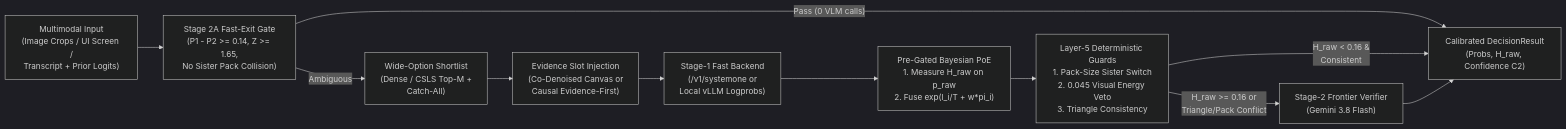
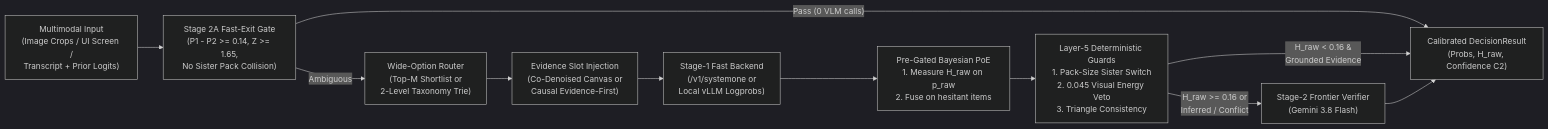
One commit to jigyasujuneja/multimodal-decision-models changed the diagram in README.md. Above: the diagram before and after it, drawn with Mermaid (dark theme). The commit also changed other lines of this file and 10 other files, not shown here.

Commit message:
feat: release v0.2.0 with live /v1/systemone wire parity, hierarchical taxonomy trie, Vertex Gemini logprobs, and CI

````diff
--- a/README.md
+++ b/README.md
@@ -15,13 +13,13 @@
 ```mermaid
 flowchart LR
     Q["Multimodal Input\n(Image Crops / UI Screen /\nTranscript + Prior Logits)"] --> S2A["Stage 2A Fast-Exit Gate\n(P1 - P2 >= 0.14, Z >= 1.65,\nNo Sister Pack Collision)"]
     S2A -- "Pass (0 VLM calls)" --> OUT["Calibrated DecisionResult\n(Probs, H_raw, Confidence C2)"]
-    S2A -- "Ambiguous" --> SL["Wide-Option Shortlist\n(Dense / CSLS Top-M +\nCatch-All)"]
+    S2A -- "Ambiguous" --> SL["Wide-Option Router\n(Top-M Shortlist or\n2-Level Taxonomy Trie)"]
     SL --> EV["Evidence Slot Injection\n(Co-Denoised Canvas or\nCausal Evidence-First)"]
     EV --> B1["Stage-1 Fast Backend\n(/v1/systemone or\nLocal vLLM Logprobs)"]
-    B1 --> POE["Pre-Gated Bayesian PoE\n1. Measure H_raw on p_raw\n2. Fuse exp(l_i/T + w*pi_i)"]
+    B1 --> POE["Pre-Gated Bayesian PoE\n1. Measure H_raw on p_raw\n2. Fuse on hesitant items"]
     POE --> L5["Layer-5 Deterministic Guards\n1. Pack-Size Sister Switch\n2. 0.045 Visual Energy Veto\n3. Triangle Consistency"]
-    L5 -- "H_raw < 0.16 &\nConsistent" --> OUT
-    L5 -- "H_raw >= 0.16 or\nTriangle/Pack Conflict" --> B2["Stage-2 Frontier Verifier\n(Gemini 3.8 Flash)"]
+    L5 -- "H_raw < 0.16 &\nGrounded Evidence" --> OUT
+    L5 -- "H_raw >= 0.16 or\nInferred / Conflict" --> B2["Stage-2 Frontier Verifier\n(Gemini 3.8 Flash)"]
     B2 --> OUT
 ```
````
